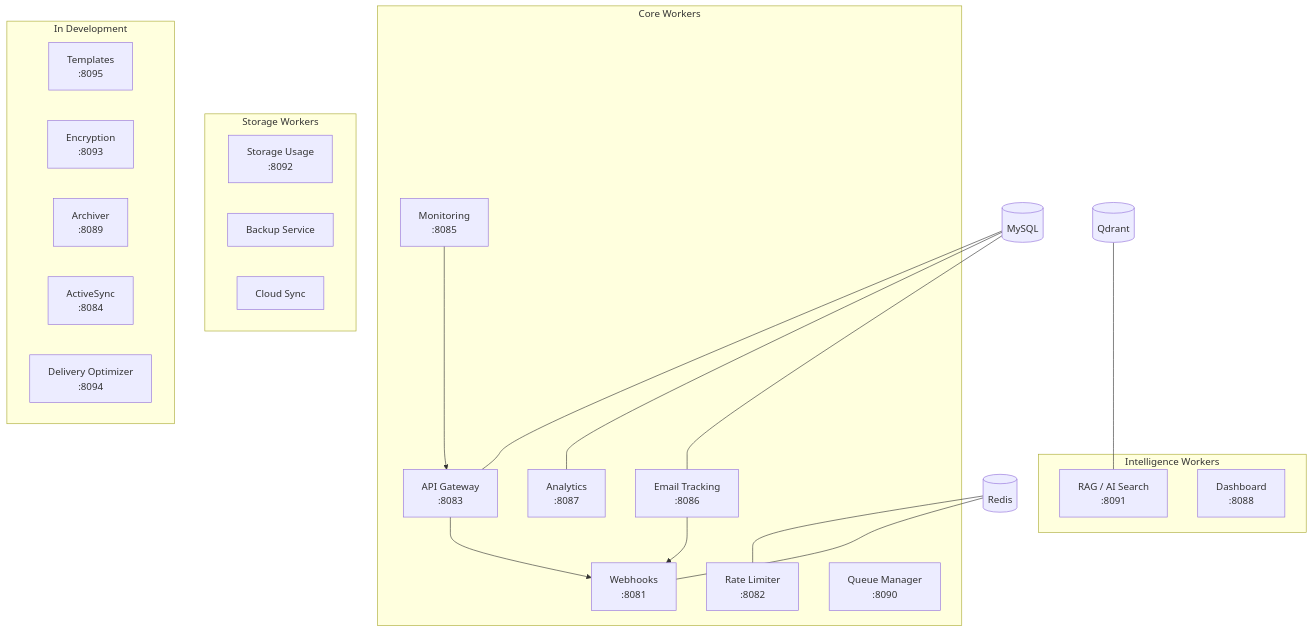
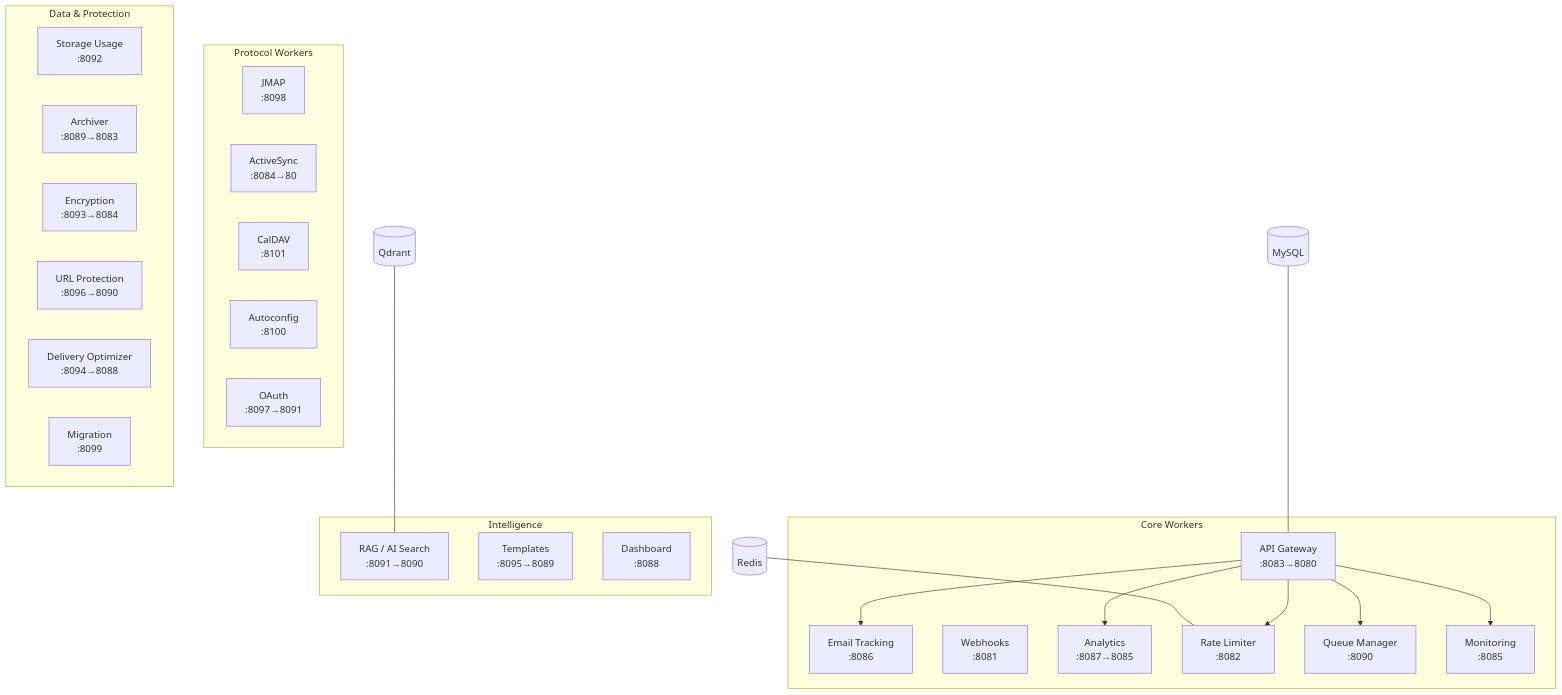
The diagram in docs/worker/index.md (Techies-Africa/mailyte-mail-server-community), drawn with Mermaid before and after one commit. The commit also changed other lines of this file and 481 other files, not shown here.

````diff
--- a/docs/worker/index.md
+++ b/docs/worker/index.md
@@ -14,42 +14,45 @@
 ```mermaid
 flowchart TB
     subgraph Core["Core Workers"]
-        API["API Gateway\n:8083"]
+        API["API Gateway\n:8083→8080"]
         Tracking["Email Tracking\n:8086"]
         Webhooks["Webhooks\n:8081"]
-        Analytics["Analytics\n:8087"]
+        Analytics["Analytics\n:8087→8085"]
         RateLimit["Rate Limiter\n:8082"]
         QueueMgr["Queue Manager\n:8090"]
         Monitor["Monitoring\n:8085"]
     end
 
-    subgraph Storage["Storage Workers"]
-        StorageUsage["Storage Usage\n:8092"]
-        Backup["Backup Service"]
-        CloudSync["Cloud Sync"]
+    subgraph Protocols["Protocol Workers"]
+        JMAP["JMAP\n:8098"]
+        ActiveSync["ActiveSync\n:8084→80"]
+        CalDAV["CalDAV\n:8101"]
+        Autoconfig["Autoconfig\n:8100"]
+        OAuth["OAuth\n:8097→8091"]
     end
 
-    subgraph Intelligence["Intelligence Workers"]
-        RAG["RAG / AI Search\n:8091"]
+    subgraph DataProt["Data & Protection"]
+        StorageUsage["Storage Usage\n:8092"]
+        Archiver["Archiver\n:8089→8083"]
+        Encryption["Encryption\n:8093→8084"]
+        URLProt["URL Protection\n:8096→8090"]
+        DeliveryOpt["Delivery Optimizer\n:8094→8088"]
+        Migration["Migration\n:8099"]
+    end
+
+    subgraph Intelligence["Intelligence"]
+        RAG["RAG / AI Search\n:8091→8090"]
+        Templates["Templates\n:8095→8089"]
         Dashboard["Dashboard\n:8088"]
     end
 
-    subgraph Development["In Development"]
-        Templates["Templates\n:8095"]
-        Encryption["Encryption\n:8093"]
-        Archiver["Archiver\n:8089"]
-        ActiveSync["ActiveSync\n:8084"]
-        DeliveryOpt["Delivery Optimizer\n:8094"]
-    end
-
     MySQL[(MySQL)] --- API
-    MySQL --- Analytics
-    MySQL --- Tracking
     Redis[(Redis)] --- RateLimit
-    Redis --- Webhooks
     Qdrant[(Qdrant)] --- RAG
 
-    API --> Webhooks
-    Tracking --> Webhooks
-    Monitor --> API
+    API --> Analytics
+    API --> Tracking
+    API --> RateLimit
+    API --> QueueMgr
+    API --> Monitor
 ```
````
